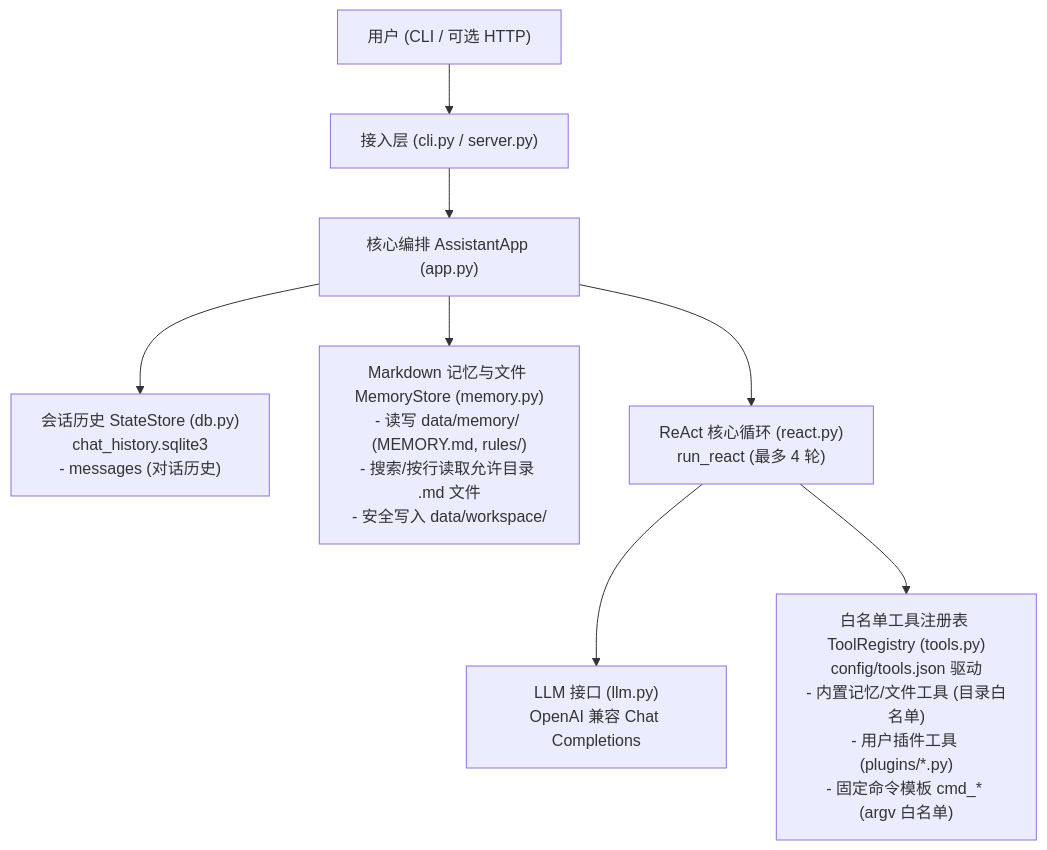
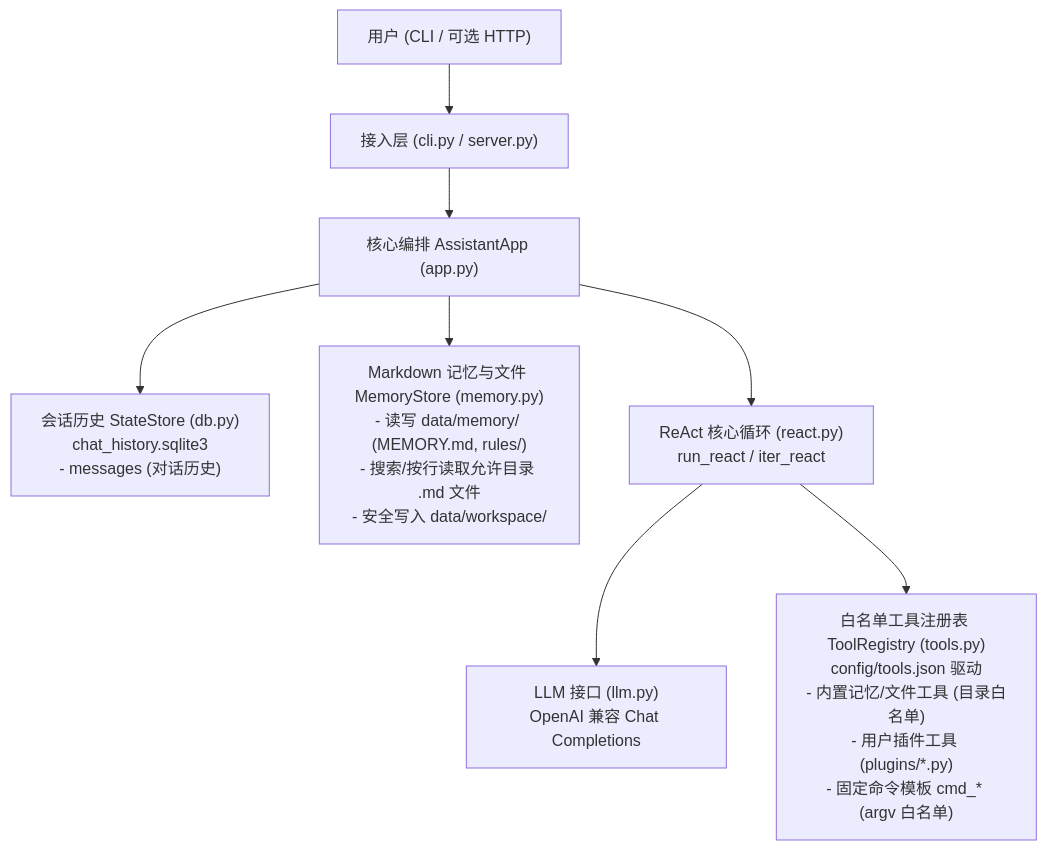
One commit to geng628/my-helper changed the diagram in docs/mvp-design.md. Above: the diagram before and after it, drawn with Mermaid. The commit also changed other lines of this file and 6 other files, not shown here.

````diff
--- a/docs/mvp-design.md
+++ b/docs/mvp-design.md
@@ -26,10 +26,10 @@
 ```mermaid
 flowchart TD
     User["用户 (CLI / 可选 HTTP)"] --> Entry["接入层 (cli.py / server.py)"]
     Entry --> App["核心编排 AssistantApp (app.py)"]
     App --> State["会话历史 StateStore (db.py)\nchat_history.sqlite3\n- messages (对话历史)"]
     App --> Mem["Markdown 记忆与文件 MemoryStore (memory.py)\n- 读写 data/memory/ (MEMORY.md, rules/)\n- 搜索/按行读取允许目录 .md 文件\n- 安全写入 data/workspace/"]
-    App --> Loop["ReAct 核心循环 (react.py)\nrun_react (最多 4 轮)"]
+    App --> Loop["ReAct 核心循环 (react.py)\nrun_react / iter_react"]
     Loop --> LLM["LLM 接口 (llm.py)\nOpenAI 兼容 Chat Completions"]
     Loop --> Tools["白名单工具注册表 ToolRegistry (tools.py)\nconfig/tools.json 驱动\n- 内置记忆/文件工具 (目录白名单)\n- 用户插件工具 (plugins/*.py)\n- 固定命令模板 cmd_* (argv 白名单)"]
 ```
````
